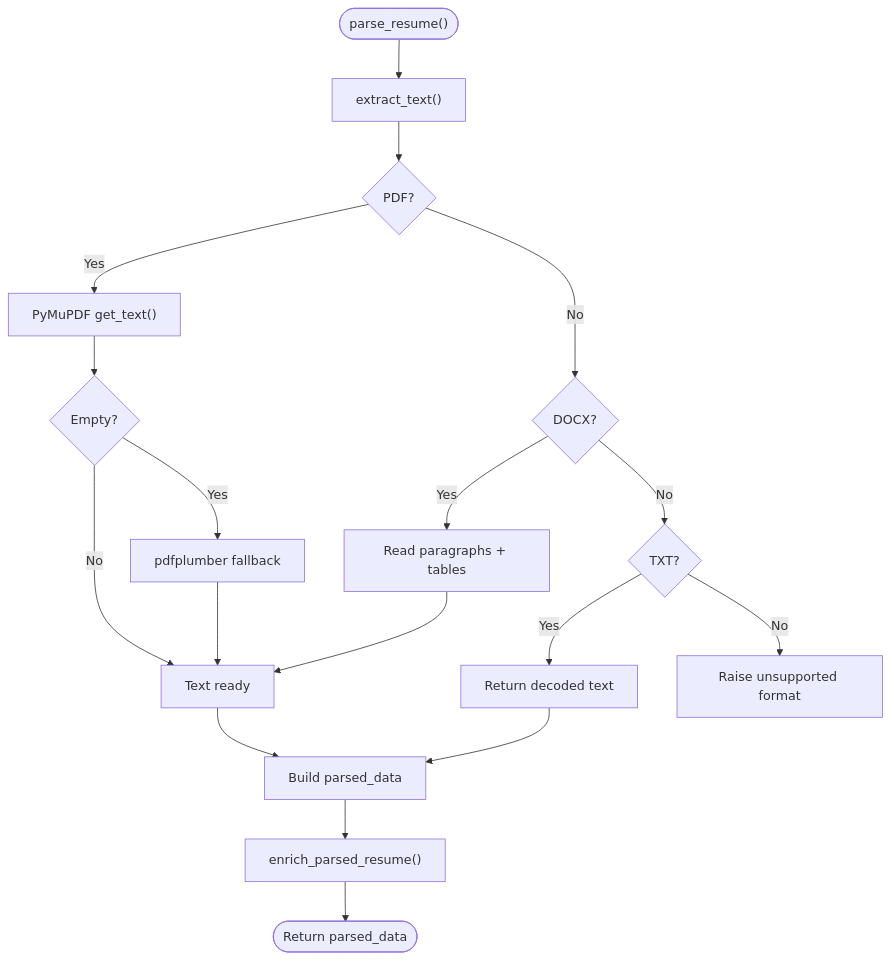
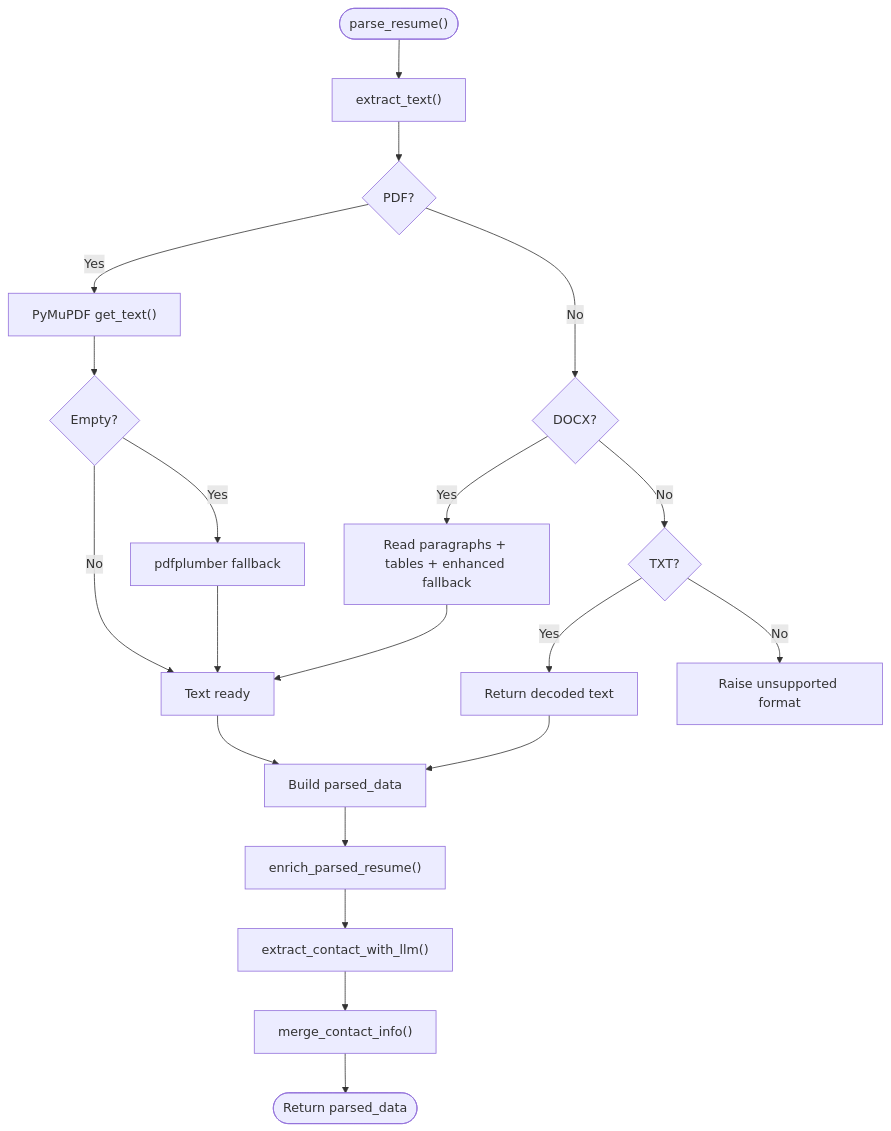
Before and after one commit to Revanththetalogics/aireume: the fourth of 11 diagrams in .qoder/repowiki/en/content/Candidate Management/Candidate Management.md, drawn with Mermaid. The commit also changed other lines of this file and 20 other files, not shown here.

````diff
--- a/.qoder/repowiki/en/content/Candidate Management/Candidate Management.md
+++ b/.qoder/repowiki/en/content/Candidate Management/Candidate Management.md
@@ -189,20 +224,22 @@
 ```mermaid
 flowchart TD
 Start(["parse_resume()"]) --> ExtText["extract_text()"]
 ExtText --> PDF{"PDF?"}
 PDF --> |Yes| PMU["PyMuPDF get_text()"]
 PMU --> Empty{"Empty?"}
 Empty --> |Yes| PL["pdfplumber fallback"]
 Empty --> |No| DonePDF["Text ready"]
 PDF --> |No| DOCX{"DOCX?"}
-DOCX --> |Yes| DOCXRead["Read paragraphs + tables"]
+DOCX --> |Yes| DOCXRead["Read paragraphs + tables + enhanced fallback"]
 DOCX --> |No| TXT{"TXT?"}
 TXT --> |Yes| ReturnTxt["Return decoded text"]
 TXT --> |No| Error["Raise unsupported format"]
 PL --> DonePDF
 DOCXRead --> DonePDF
 DonePDF --> Build["Build parsed_data"]
 ReturnTxt --> Build
 Build --> Enrich["enrich_parsed_resume()"]
-Enrich --> End(["Return parsed_data"])
+Enrich --> LLMContact["extract_contact_with_llm()"]
+LLMContact --> MergeContact["merge_contact_info()"]
+MergeContact --> End(["Return parsed_data"])
 ```
````
